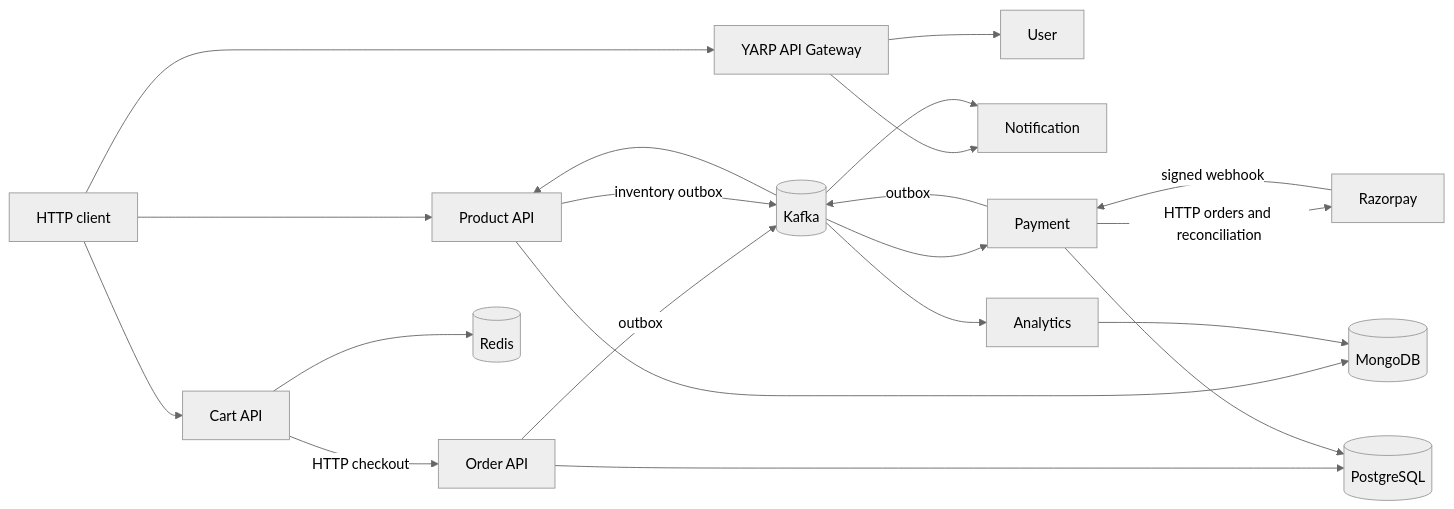
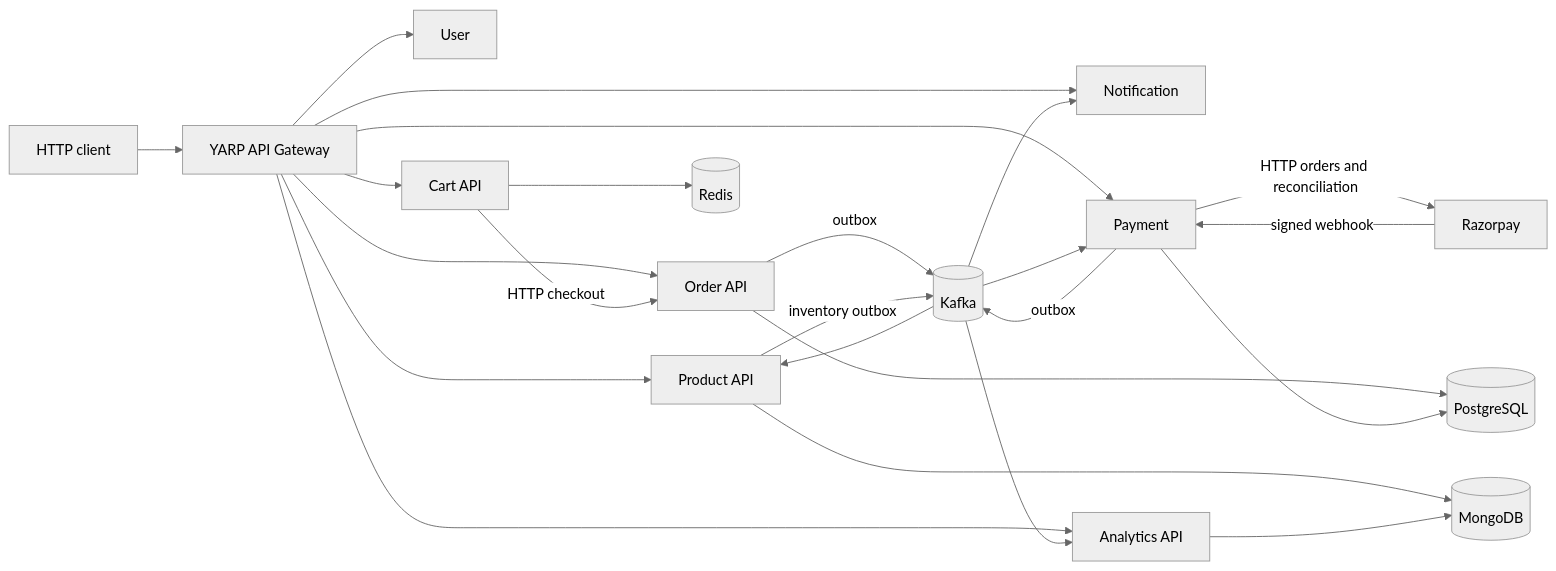
The diagram in README.md (Pauanesh-Kumar/ECommerceMicroservicesApp), drawn with Mermaid (neutral theme) before and after one commit. The commit also changed other lines of this file and 34 other files, not shown here.

First line of the commit message:
Harden gateway, order ownership, validation; fix notifications and analytics reporting

````diff
--- a/README.md
+++ b/README.md
@@ -33,23 +33,26 @@
 ```mermaid
 flowchart LR
 	Client[HTTP client] --> Gateway[YARP API Gateway]
 	Gateway --> User[User]
 	Gateway --> Notification[Notification]
-	Client --> Product[Product API]
-	Client --> Cart[Cart API]
-	Cart -->|HTTP checkout| Order[Order API]
+	Gateway --> Product[Product API]
+	Gateway --> Cart[Cart API]
+	Gateway --> Order[Order API]
+	Gateway --> Payment[Payment API]
+	Gateway --> Analytics[Analytics API]
+	Cart -->|HTTP checkout| Order
 	Order -->|outbox| Kafka[(Kafka)]
 	Kafka --> Product
 	Kafka --> Payment[Payment]
 	Kafka --> Notification
-	Kafka --> Analytics[Analytics]
+	Kafka --> Analytics
 	Product -->|inventory outbox| Kafka
 	Payment -->|outbox| Kafka
 	Payment -->|HTTP orders and reconciliation| Razorpay[Razorpay]
 	Razorpay -->|signed webhook| Payment
 	Cart --> Redis[(Redis)]
 	Order --> PG[(PostgreSQL)]
 	Payment --> PG
 	Product --> Mongo[(MongoDB)]
 	Analytics --> Mongo
 ```
````
